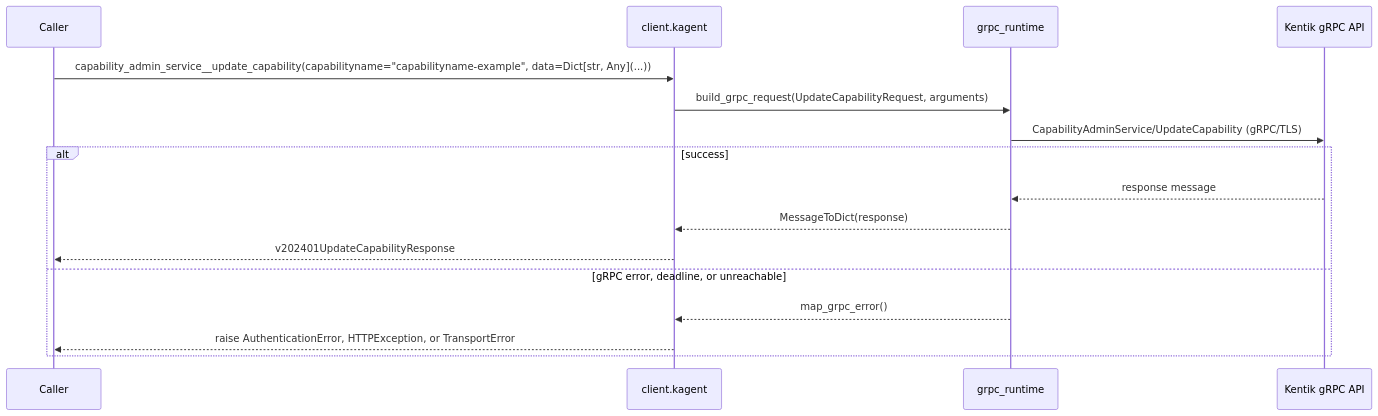
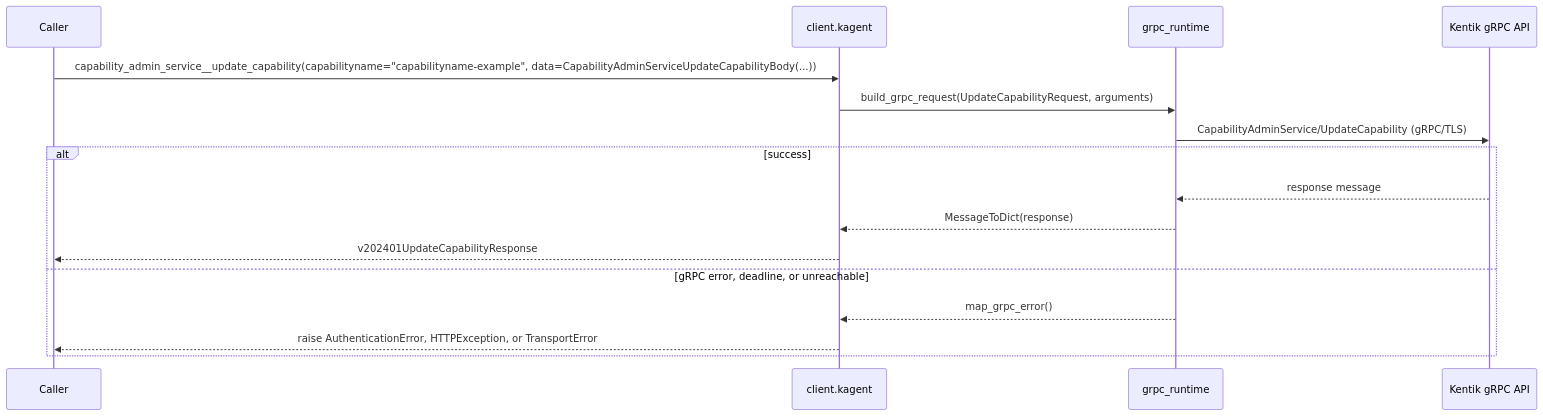
Diagram 31 of 58 in docs/sphinx/services/kagent.md (alexdearaujo/community_sdk_python), drawn with Mermaid before and after one commit. The commit also changed other lines of this file and 85 other files, not shown here.

````diff
--- a/docs/sphinx/services/kagent.md
+++ b/docs/sphinx/services/kagent.md
@@ -1124,19 +1124,19 @@
 ```mermaid
 sequenceDiagram
     participant C as Caller
     participant W as client.kagent
     participant R as grpc_runtime
     participant API as Kentik gRPC API
 
-    C->>W: capability_admin_service__update_capability(capabilityname="capabilityname-example", data=Dict[str, Any](...))
+    C->>W: capability_admin_service__update_capability(capabilityname="capabilityname-example", data=CapabilityAdminServiceUpdateCapabilityBody(...))
     W->>R: build_grpc_request(UpdateCapabilityRequest, arguments)
     R->>API: CapabilityAdminService/UpdateCapability (gRPC/TLS)
     alt success
         API-->>R: response message
         R-->>W: MessageToDict(response)
         W-->>C: v202401UpdateCapabilityResponse
     else gRPC error, deadline, or unreachable
         R-->>W: map_grpc_error()
         W-->>C: raise AuthenticationError, HTTPException, or TransportError
     end
 ```
````
